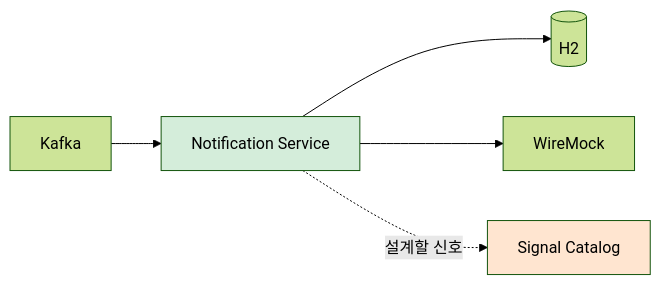
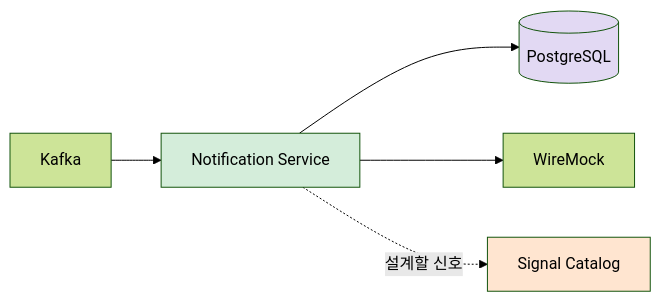
One commit to scofe97/notification-lab changed the fifth of 8 diagrams in observability/docs/01-architecture.md. Above: the diagram before and after it, drawn with Mermaid (forest theme). The commit also changed other lines of this file and 2 other files, not shown here.

First line of the commit message:
docs: 관측 스터디 계획 — DB를 PostgreSQL로 통일, 주차별 아키텍처 설명·관측 키워드 추가

````diff
--- a/observability/docs/01-architecture.md
+++ b/observability/docs/01-architecture.md
@@ -89,9 +93,10 @@
 ```mermaid
 flowchart LR
     K["Kafka"] --> APP["Notification Service"]
-    APP --> H2[("H2")]
+    APP --> PG[("PostgreSQL")]
     APP --> W["WireMock"]
     APP -. "설계할 신호" .-> SC["Signal Catalog"]
     style APP fill:#d4edda,color:#000
+    style PG fill:#e2d9f3,color:#000
     style SC fill:#ffe5d0,color:#000
 ```
````
